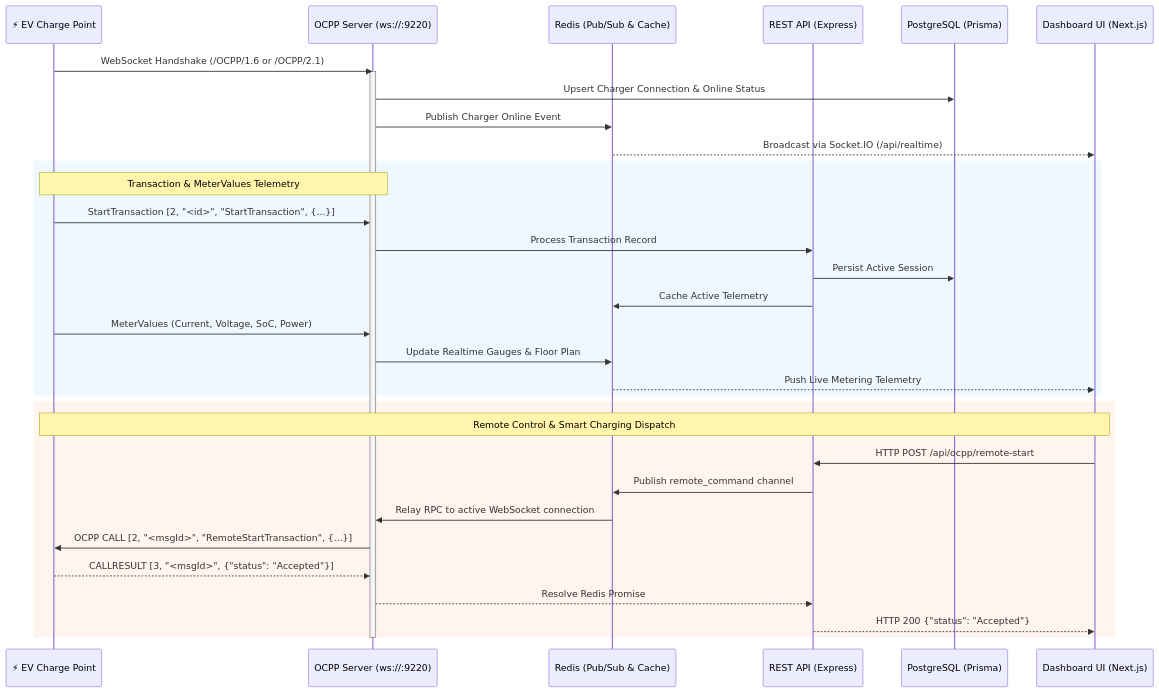
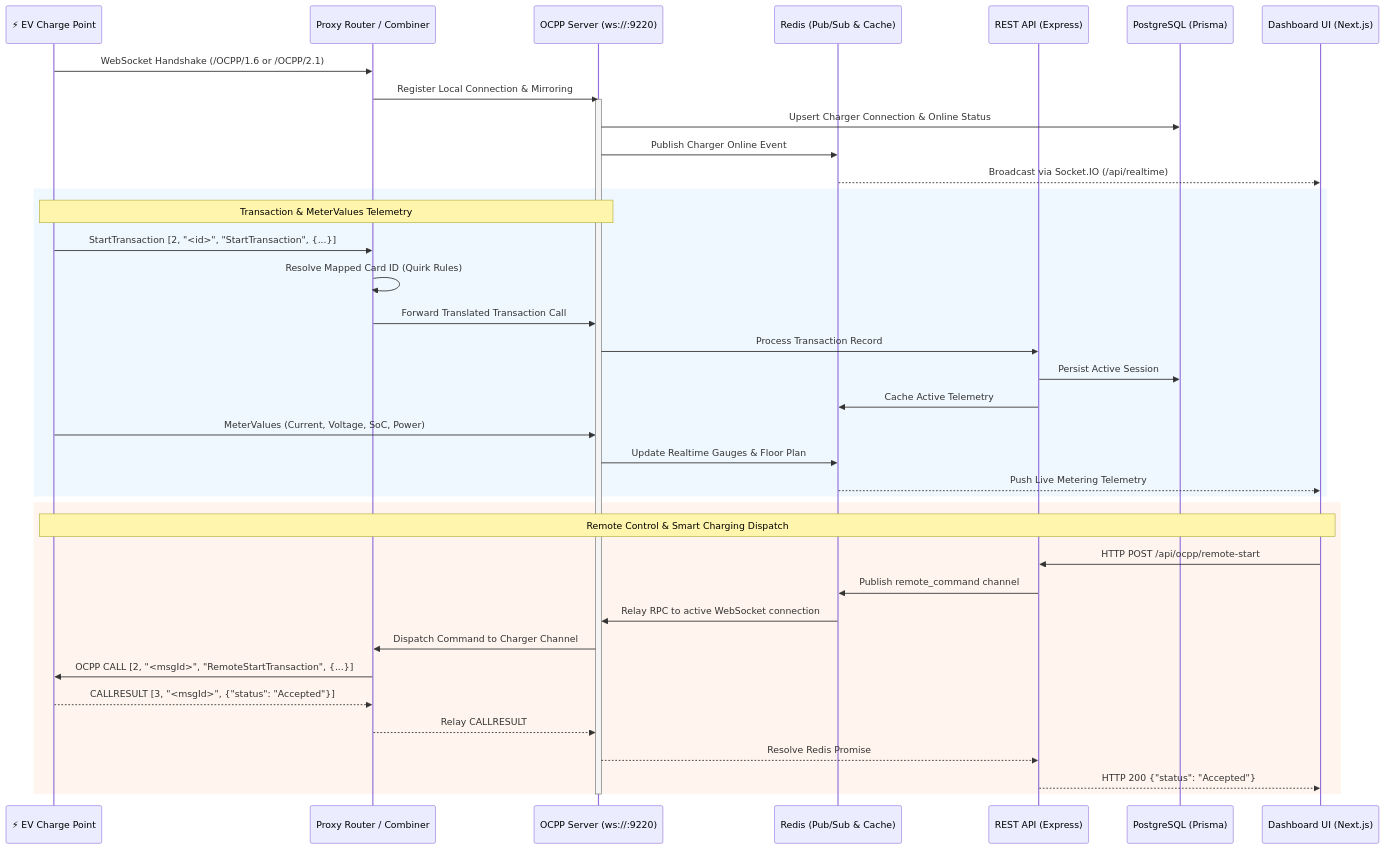
One commit to webdotpulse/GRID-OCPP-CPMS changed the second of 2 diagrams in Manual/platform_overview.md. Above: the diagram before and after it, drawn with Mermaid. The commit also changed other lines of this file and 150 other files, not shown here.

````diff
--- a/Manual/platform_overview.md
+++ b/Manual/platform_overview.md
@@ -51,38 +61,44 @@
 ```mermaid
 sequenceDiagram
     participant CP as ⚡ EV Charge Point
+    participant Proxy as Proxy Router / Combiner
     participant OCPP as OCPP Server (ws://:9220)
     participant Redis as Redis (Pub/Sub & Cache)
     participant API as REST API (Express)
     participant DB as PostgreSQL (Prisma)
     participant UI as Dashboard UI (Next.js)
 
-    CP->>OCPP: WebSocket Handshake (/OCPP/1.6 or /OCPP/2.1)
+    CP->>Proxy: WebSocket Handshake (/OCPP/1.6 or /OCPP/2.1)
+    Proxy->>OCPP: Register Local Connection & Mirroring
     activate OCPP
     OCPP->>DB: Upsert Charger Connection & Online Status
     OCPP->>Redis: Publish Charger Online Event
     Redis-->>UI: Broadcast via Socket.IO (/api/realtime)
 
     rect rgb(240, 248, 255)
     Note over CP,OCPP: Transaction & MeterValues Telemetry
-    CP->>OCPP: StartTransaction [2, "<id>", "StartTransaction", {...}]
+    CP->>Proxy: StartTransaction [2, "<id>", "StartTransaction", {...}]
+    Proxy->>Proxy: Resolve Mapped Card ID (Quirk Rules)
+    Proxy->>OCPP: Forward Translated Transaction Call
     OCPP->>API: Process Transaction Record
     API->>DB: Persist Active Session
     API->>Redis: Cache Active Telemetry
     CP->>OCPP: MeterValues (Current, Voltage, SoC, Power)
     OCPP->>Redis: Update Realtime Gauges & Floor Plan
     Redis-->>UI: Push Live Metering Telemetry
     end
 
     rect rgb(255, 245, 238)
     Note over UI,CP: Remote Control & Smart Charging Dispatch
     UI->>API: HTTP POST /api/ocpp/remote-start
     API->>Redis: Publish remote_command channel
     Redis->>OCPP: Relay RPC to active WebSocket connection
-    OCPP->>CP: OCPP CALL [2, "<msgId>", "RemoteStartTransaction", {...}]
-    CP-->>OCPP: CALLRESULT [3, "<msgId>", {"status": "Accepted"}]
+    OCPP->>Proxy: Dispatch Command to Charger Channel
+    Proxy->>CP: OCPP CALL [2, "<msgId>", "RemoteStartTransaction", {...}]
+    CP-->>Proxy: CALLRESULT [3, "<msgId>", {"status": "Accepted"}]
+    Proxy-->>OCPP: Relay CALLRESULT
     OCPP-->>API: Resolve Redis Promise
     API-->>UI: HTTP 200 {"status": "Accepted"}
     end
     deactivate OCPP
 ```
````
